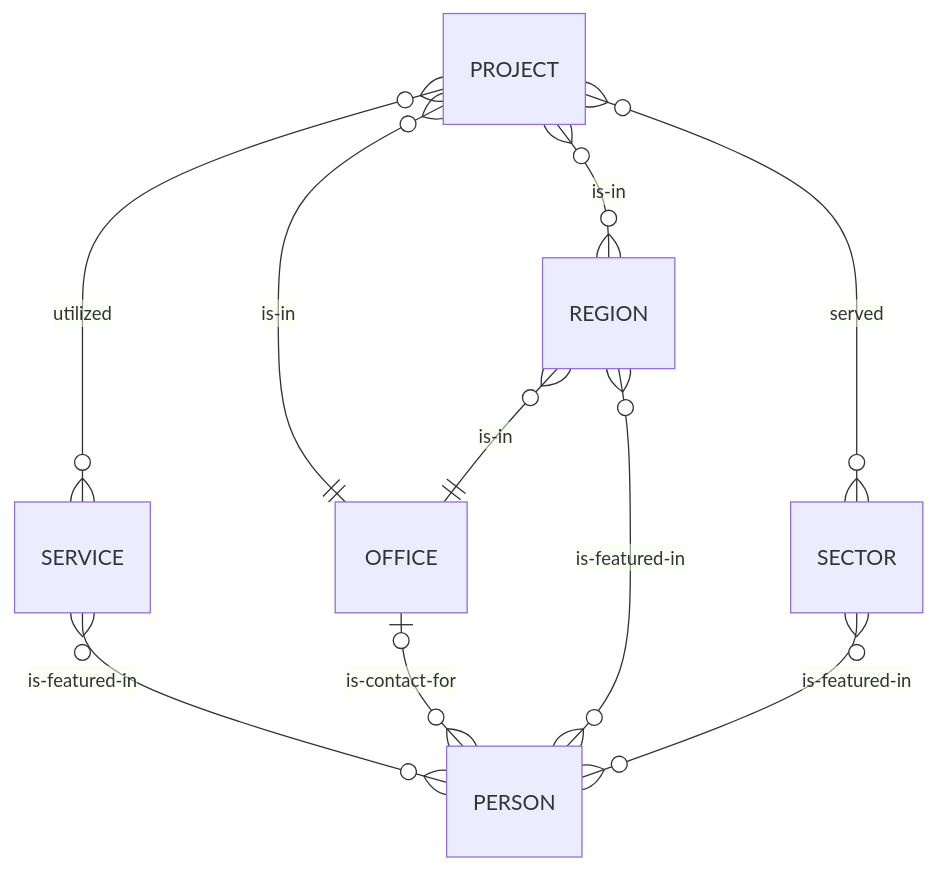
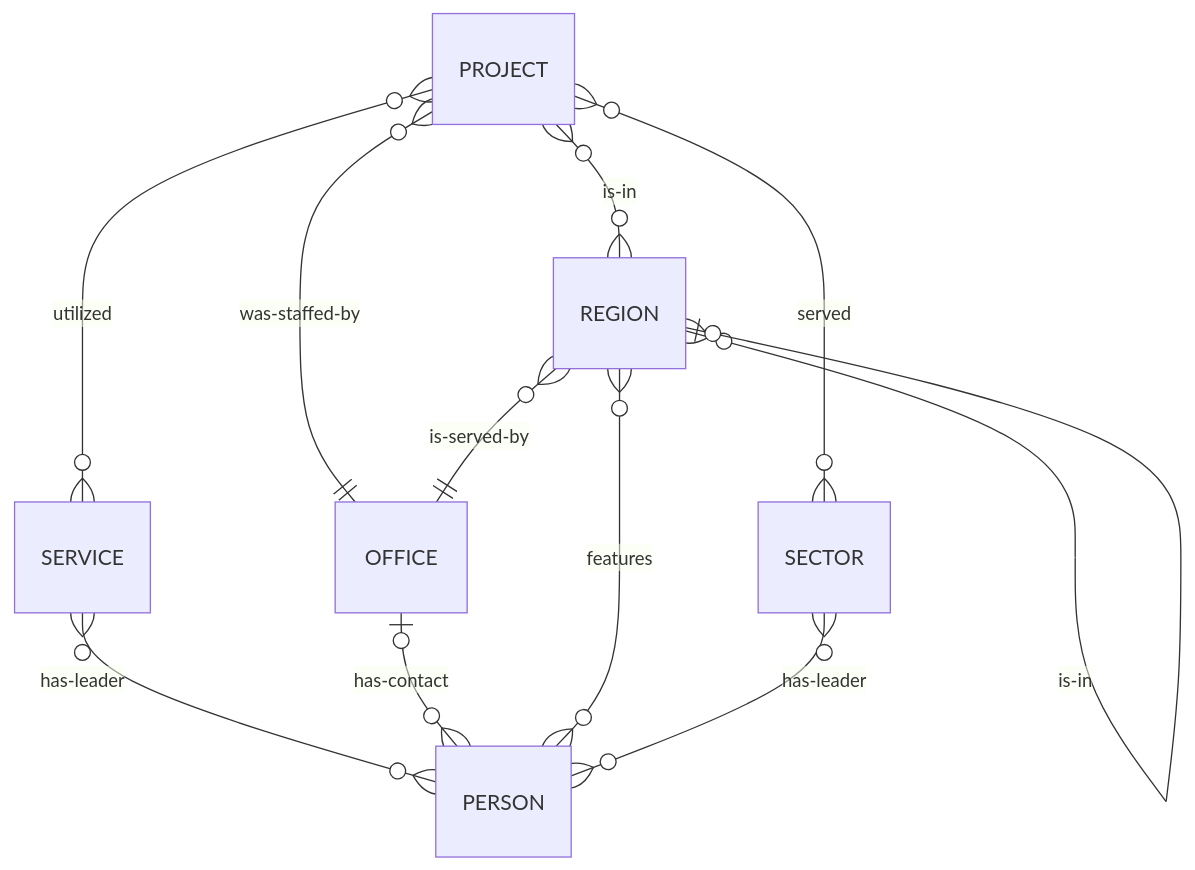
One commit to autogram-is/cg-web changed the third of 3 diagrams in CONTENT.md. Above: the diagram before and after it, drawn with Mermaid. The commit also changed other lines of this file, not shown here.

````diff
--- a/CONTENT.md
+++ b/CONTENT.md
@@ -5,21 +131,15 @@
 ```mermaid
 erDiagram
-    PROJECT
-    SECTOR
-    SERVICE
-    OFFICE
-    REGION
-    PERSON
-
     PROJECT }o--o{ SECTOR : served
     PROJECT }o--o{ REGION : is-in
     PROJECT }o--o{ SERVICE : utilized
 
-    SERVICE }o--o{ PERSON : is-featured-in
-    OFFICE |o--o{ PERSON : is-contact-for
-    REGION }o--o{ PERSON : is-featured-in
-    SECTOR }o--o{ PERSON : is-featured-in
+    PROJECT }o--|| OFFICE : was-staffed-by
+    REGION }o--|| OFFICE : is-served-by
+    REGION }o--o| REGION : is-in
 
-    PROJECT }o--|| OFFICE : is-in
-    REGION }o--|| OFFICE : is-in
+    SERVICE }o--o{ PERSON : has-leader
+    OFFICE |o--o{ PERSON : has-contact
+    REGION }o--o{ PERSON : features
+    SECTOR }o--o{ PERSON : has-leader
 ```
````
